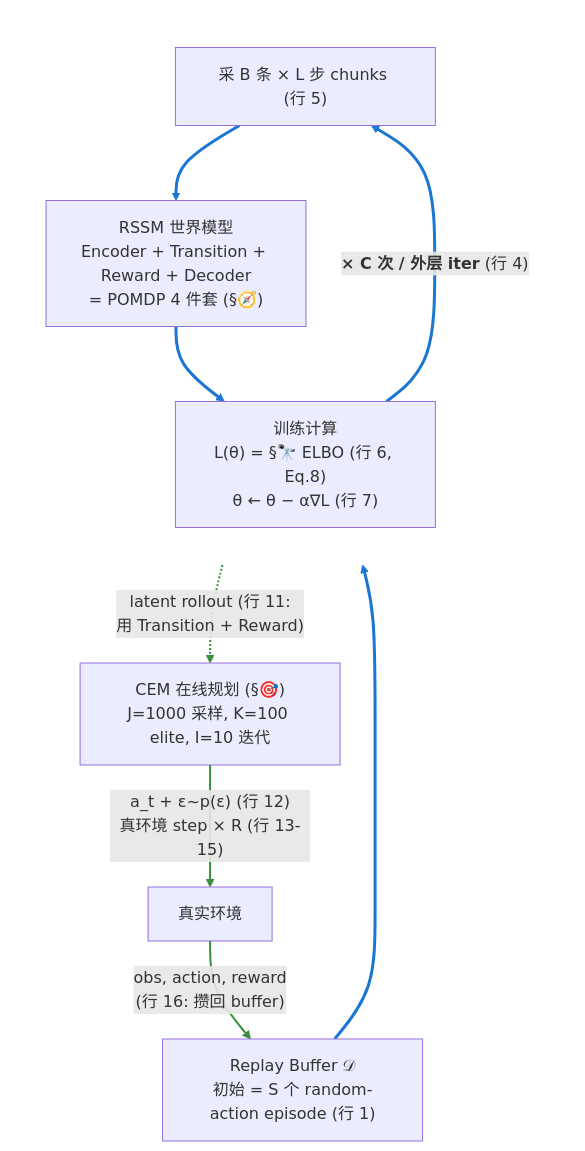
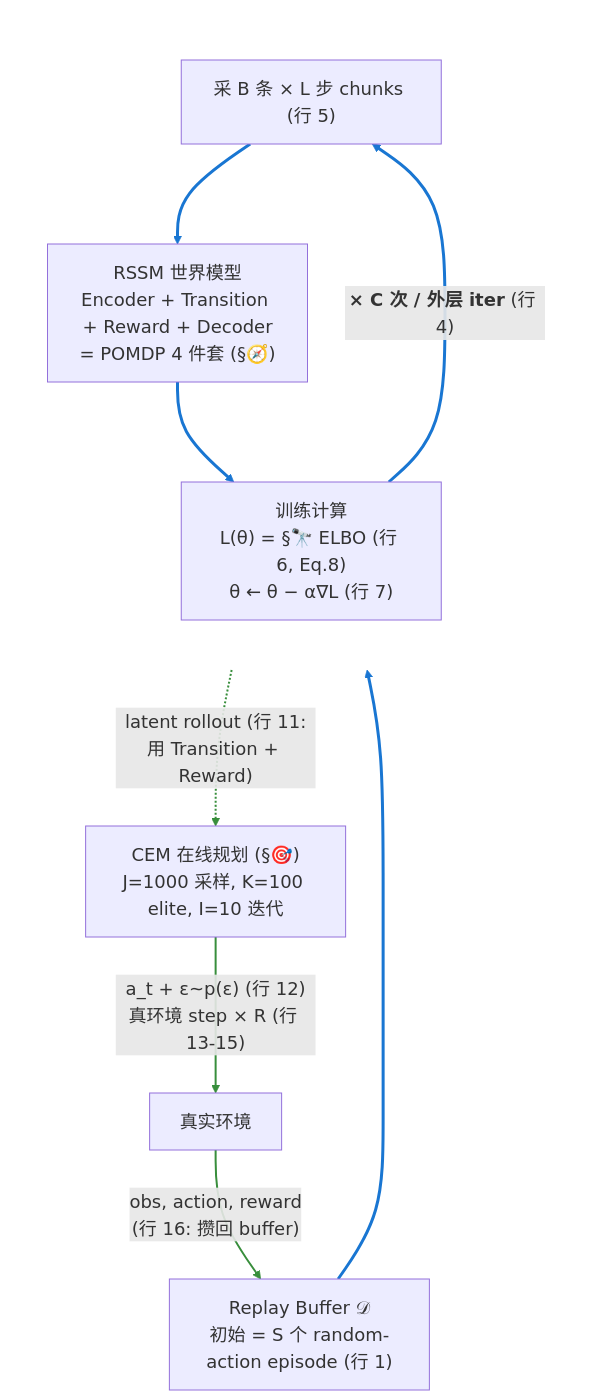
Before and after one commit to jinxinzhou/world-model-study: the seventh of 7 diagrams in World-Model-学习笔记.md, drawn with Mermaid. The commit also changed other lines of this file and 1 other file, not shown here.

Commit message:
docs: enlarge mermaid via init directive (fontSize 18, larger spacing), restore image to 780

````diff
--- a/World-Model-学习笔记.md
+++ b/World-Model-学习笔记.md
@@ -2154,32 +2154,33 @@
 ```mermaid
+%%{init: {'themeVariables': {'fontSize': '18px'}, 'flowchart': {'nodeSpacing': 55, 'rankSpacing': 75}}}%%
 flowchart TD
     Env["真实环境"]
     Buffer["Replay Buffer 𝒟<br/>初始 = S 个 random-action episode (行 1)"]
 
     subgraph A_phase [" "]
         direction TB
         Sample["采 B 条 × L 步 chunks (行 5)"]
         RSSM["RSSM 世界模型<br/>Encoder + Transition + Reward + Decoder<br/>= POMDP 4 件套 (§🧭)"]
         Train["训练计算<br/>L(θ) = §🔭 ELBO (行 6, Eq.8)<br/>θ ← θ − α∇L (行 7)"]
         Train -->|"<b>× C 次 / 外层 iter</b> (行 4)"| Sample
         Sample --> RSSM
         RSSM --> Train
     end
 
     CEM["CEM 在线规划 (§🎯)<br/>J=1000 采样, K=100 elite, I=10 迭代"]
 
     Env -->|"obs, action, reward<br/>(行 16: 攒回 buffer)"| Buffer
     Buffer --> Sample
     RSSM -.->|"latent rollout (行 11:<br/>用 Transition + Reward)"| CEM
     CEM -->|"a_t + ε~p(ε) (行 12)<br/>真环境 step × R (行 13-15)"| Env
 
     style A_phase fill:transparent,stroke:transparent
 
     linkStyle 0 stroke:#1976d2,stroke-width:3px
     linkStyle 1 stroke:#1976d2,stroke-width:3px
     linkStyle 2 stroke:#1976d2,stroke-width:3px
     linkStyle 3 stroke:#388e3c,stroke-width:2px
     linkStyle 4 stroke:#1976d2,stroke-width:3px
     linkStyle 5 stroke:#388e3c,stroke-width:2px
     linkStyle 6 stroke:#388e3c,stroke-width:2px
 ```
````
